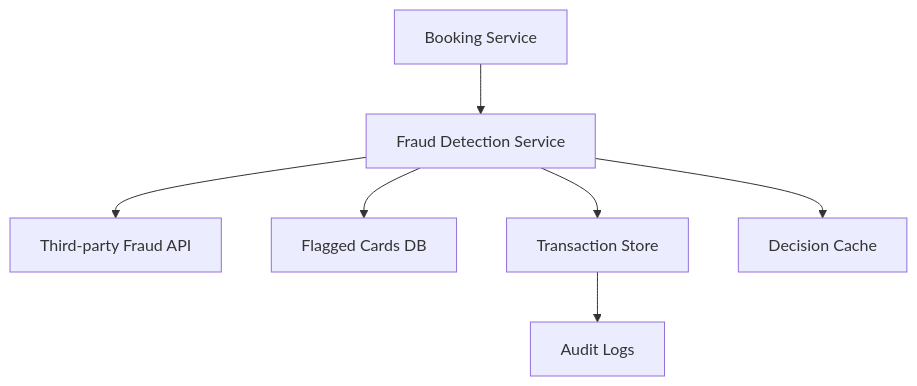
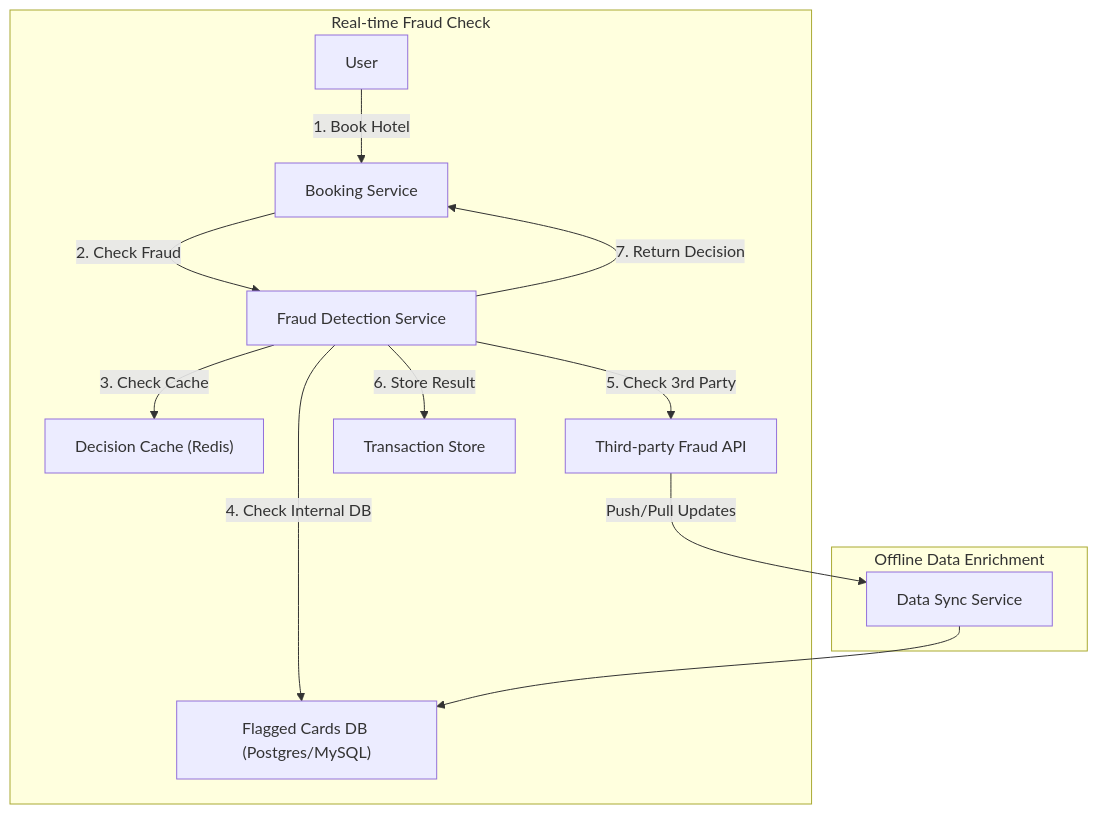
Before and after one commit to SathishkumarAndavar/system-design: the diagram in docs/fraudulent-card-detection-design.md, drawn with Mermaid. The commit also changed 4 other files, not shown here.

````diff
--- a/docs/fraudulent-card-detection-design.md
+++ b/docs/fraudulent-card-detection-design.md
@@ -47,9 +47,17 @@
 ```mermaid
-graph TD
-  A["Booking Service"] --> B["Fraud Detection Service"]
-  B --> C["Third-party Fraud API"]
-  B --> D["Flagged Cards DB"]
-  B --> E["Transaction Store"]
-  E --> F["Audit Logs"]
-  B --> G["Decision Cache"]
+graph TD;
+    subgraph "Real-time Fraud Check"
+        User -- "1. Book Hotel" --> BookingService["Booking Service"];
+        BookingService -- "2. Check Fraud" --> FraudService["Fraud Detection Service"];
+        FraudService -- "3. Check Cache" --> DecisionCache["Decision Cache (Redis)"];
+        FraudService -- "4. Check Internal DB" --> FlaggedDB["Flagged Cards DB (Postgres/MySQL)"];
+        FraudService -- "5. Check 3rd Party" --> ThirdPartyAPI["Third-party Fraud API"];
+        FraudService -- "6. Store Result" --> TransactionStore["Transaction Store"];
+        FraudService -- "7. Return Decision" --> BookingService;
+    end
+
+    subgraph "Offline Data Enrichment"
+        ThirdPartyAPI -- "Push/Pull Updates" --> DataSync["Data Sync Service"];
+        DataSync --> FlaggedDB;
+    end
 ```
````
